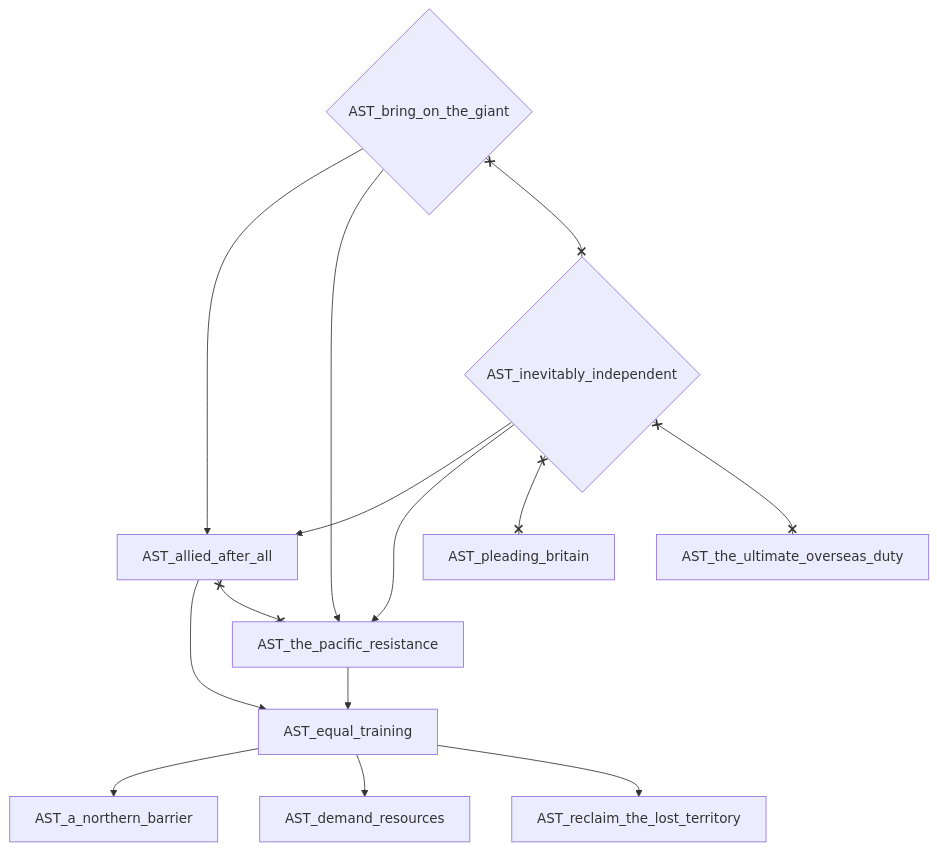
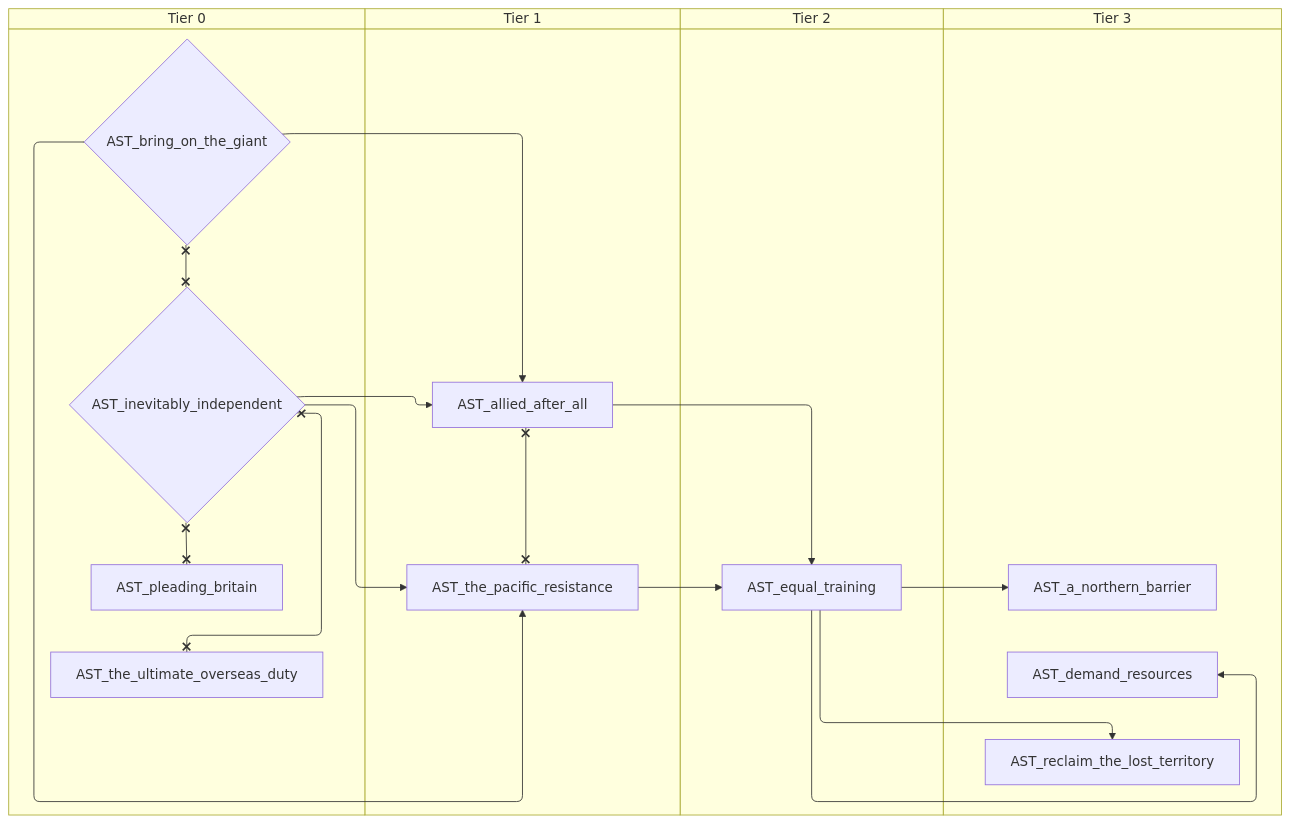
One commit to evgeny-sobol/hoi4-sandbox-mode changed the sixth of 15 diagrams in docs/gdd/National Focuses/australia_taog.md. Above: the diagram before and after it, drawn with Mermaid. The commit also changed other lines of this file and 80 other files, not shown here.

First line of the commit message:
Add swimlane mode to focus graph exporter

````diff
--- a/docs/gdd/National Focuses/australia_taog.md
+++ b/docs/gdd/National Focuses/australia_taog.md
@@ -428,26 +492,34 @@
 ```mermaid
-flowchart TD
-    n152["AST_a_northern_barrier"]
-    n153["AST_allied_after_all"]
-    n154{"AST_bring_on_the_giant"}
-    n156["AST_demand_resources"]
-    n157["AST_equal_training"]
-    n158{"AST_inevitably_independent"}
-    n159["AST_pleading_britain"]
-    n160["AST_reclaim_the_lost_territory"]
-    n161["AST_the_pacific_resistance"]
-    n162["AST_the_ultimate_overseas_duty"]
-    n157 --> n152
-    n158 --> n153
-    n154 --> n153
-    n157 --> n156
-    n153 --> n157
-    n161 --> n157
-    n157 --> n160
-    n158 --> n161
-    n154 --> n161
-    n153 x--x n161
-    n154 x--x n158
-    n158 x--x n159
-    n158 x--x n162
+swimlane-beta TD
+    subgraph tier_0["Tier 0"]
+        n152{"AST_bring_on_the_giant"}
+        n153{"AST_inevitably_independent"}
+        n154["AST_pleading_britain"]
+        n155["AST_the_ultimate_overseas_duty"]
+    end
+    subgraph tier_1["Tier 1"]
+        n156["AST_allied_after_all"]
+        n158["AST_the_pacific_resistance"]
+    end
+    subgraph tier_2["Tier 2"]
+        n159["AST_equal_training"]
+    end
+    subgraph tier_3["Tier 3"]
+        n160["AST_a_northern_barrier"]
+        n161["AST_demand_resources"]
+        n162["AST_reclaim_the_lost_territory"]
+    end
+    n159 --> n160
+    n153 --> n156
+    n152 --> n156
+    n159 --> n161
+    n156 --> n159
+    n158 --> n159
+    n159 --> n162
+    n153 --> n158
+    n152 --> n158
+    n156 x--x n158
+    n152 x--x n153
+    n153 x--x n154
+    n153 x--x n155
 ```
````
